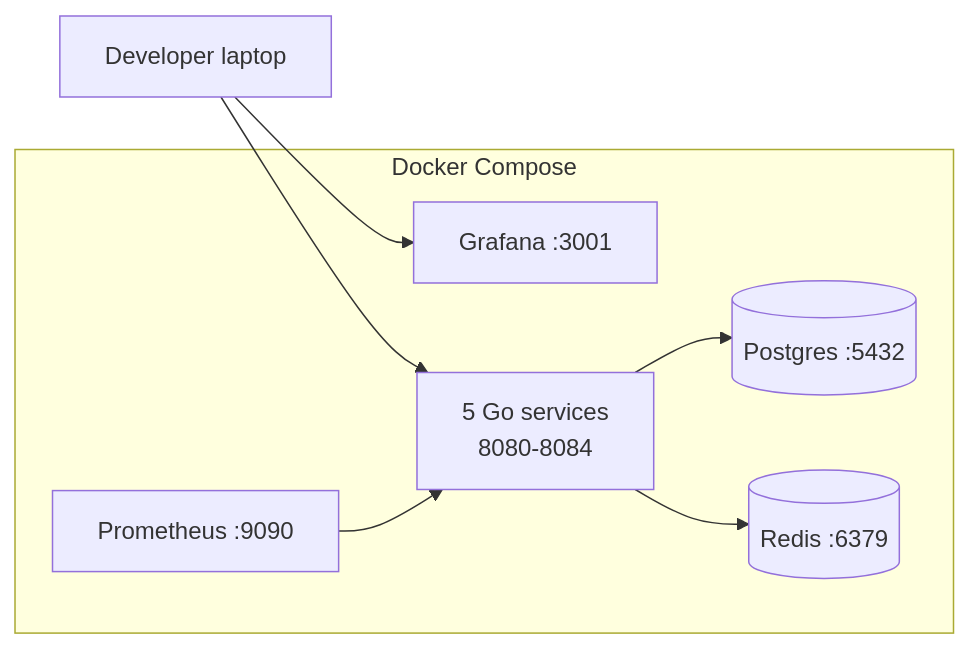
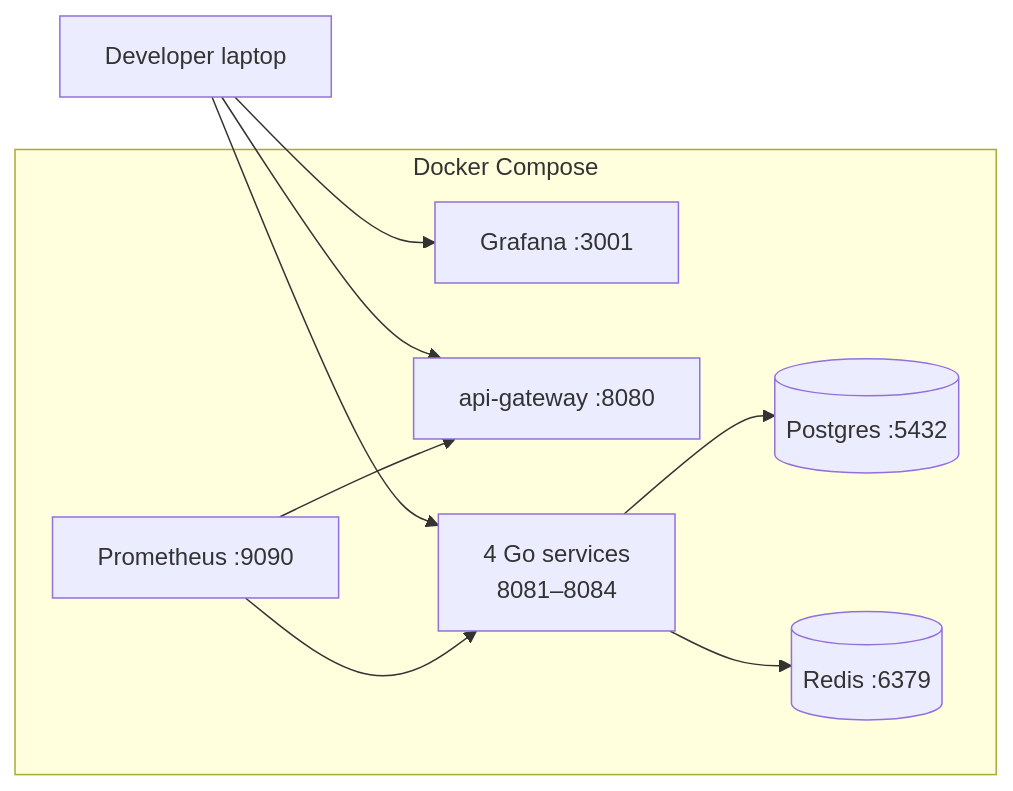
One commit to durgaprasadraju/CloudPulse changed the third of 4 diagrams in docs/day1/README.md. Above: the diagram before and after it, drawn with Mermaid. The commit also changed other lines of this file, not shown here.

````diff
--- a/docs/day1/README.md
+++ b/docs/day1/README.md
@@ -143,16 +108,18 @@
 ```mermaid
 flowchart LR
     subgraph Docker Compose
         PG[(Postgres :5432)]
         RD[(Redis :6379)]
         PR[Prometheus :9090]
         GF[Grafana :3001]
-        SVC[5 Go services<br/>8080-8084]
+        GW2[api-gateway :8080]
+        SVC[4 Go services<br/>8081–8084]
     end
 
-    DEV[Developer laptop] --> SVC
-    DEV --> GF
+    DEV[Developer laptop] --> GF
+    DEV --> GW2
+    DEV --> SVC
     SVC --> PG
     SVC --> RD
-    PR --> SVC
+    PR --> GW2 & SVC
 ```
````
